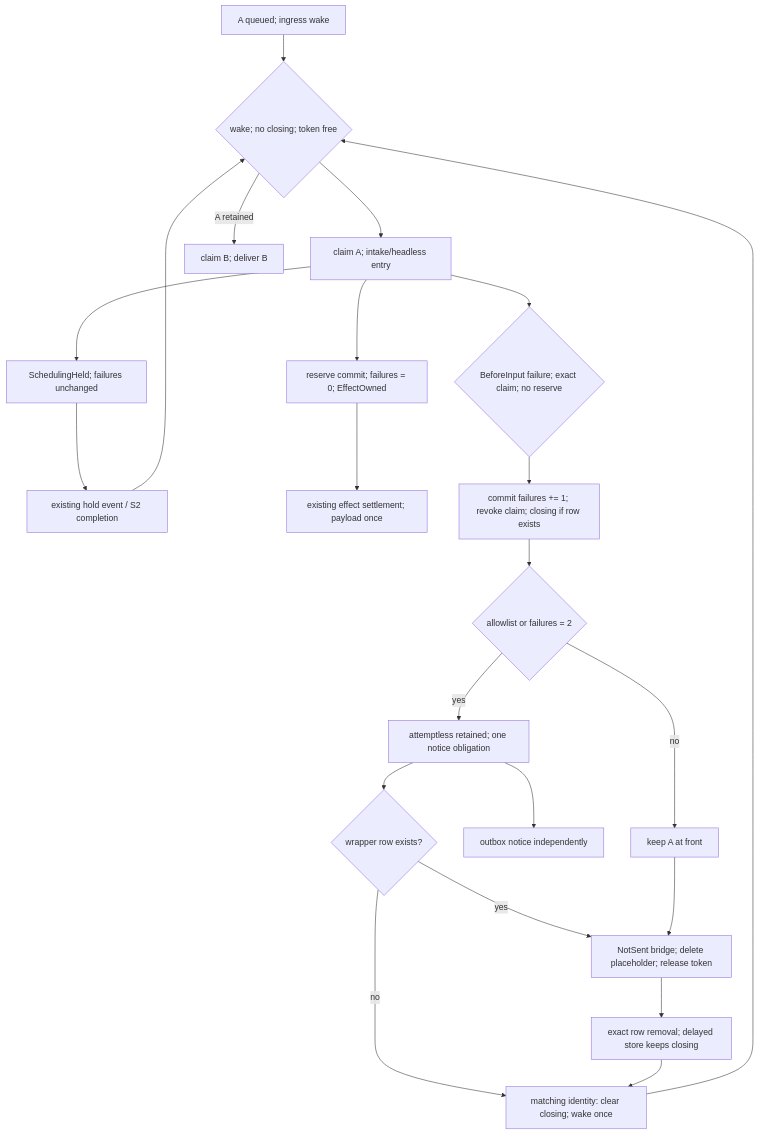
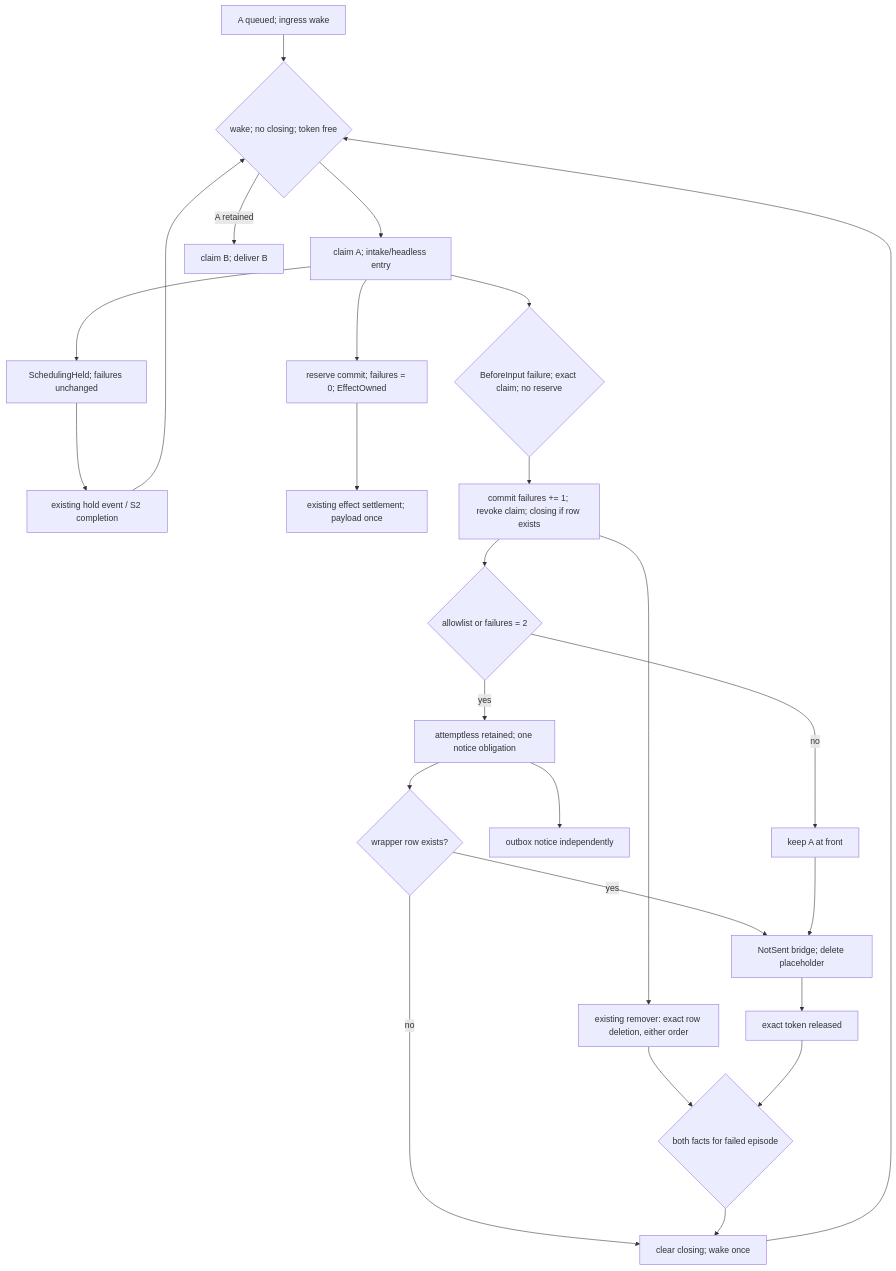
Before and after one commit to itismyfield/AgentDesk: the diagram in docs/statecharts/input-single-path/start-failure.chart.mmd, drawn with Mermaid. The commit also changed 18 other files, not shown here.

Commit message:
fix(discord): await both exact episode cleanup facts before waking

```diff
--- a/docs/statecharts/input-single-path/start-failure.chart.mmd
+++ b/docs/statecharts/input-single-path/start-failure.chart.mmd
@@ -1,22 +1,25 @@
 flowchart TD
     Q["A queued; ingress wake"] --> D{"wake; no closing; token free"}
     D --> S["claim A; intake/headless entry"]
     S --> H["SchedulingHeld; failures unchanged"]
     H --> E["existing hold event / S2 completion"]
     E --> D
     S --> R["reserve commit; failures = 0; EffectOwned"]
     R --> P["existing effect settlement; payload once"]
     S --> F{"BeforeInput failure; exact claim; no reserve"}
     F --> C["commit failures += 1; revoke claim; closing if row exists"]
     C --> K{"allowlist or failures = 2"}
     K -->|yes| T["attemptless retained; one notice obligation"]
     K -->|no| A["keep A at front"]
     T --> N["outbox notice independently"]
     T --> E0{"wrapper row exists?"}
-    E0 -->|yes| X["NotSent bridge; delete placeholder; release token"]
+    E0 -->|yes| X["NotSent bridge; delete placeholder"]
     E0 -->|no| W
     A --> X
-    X --> R0["exact row removal; delayed store keeps closing"]
-    R0 --> W["matching identity: clear closing; wake once"]
+    C --> R0["existing remover: exact row deletion, either order"]
+    X --> T0["exact token released"]
+    R0 --> C0{"both facts for failed episode"}
+    T0 --> C0
+    C0 --> W["clear closing; wake once"]
     W --> D
     D -->|A retained| B["claim B; deliver B"]
```
